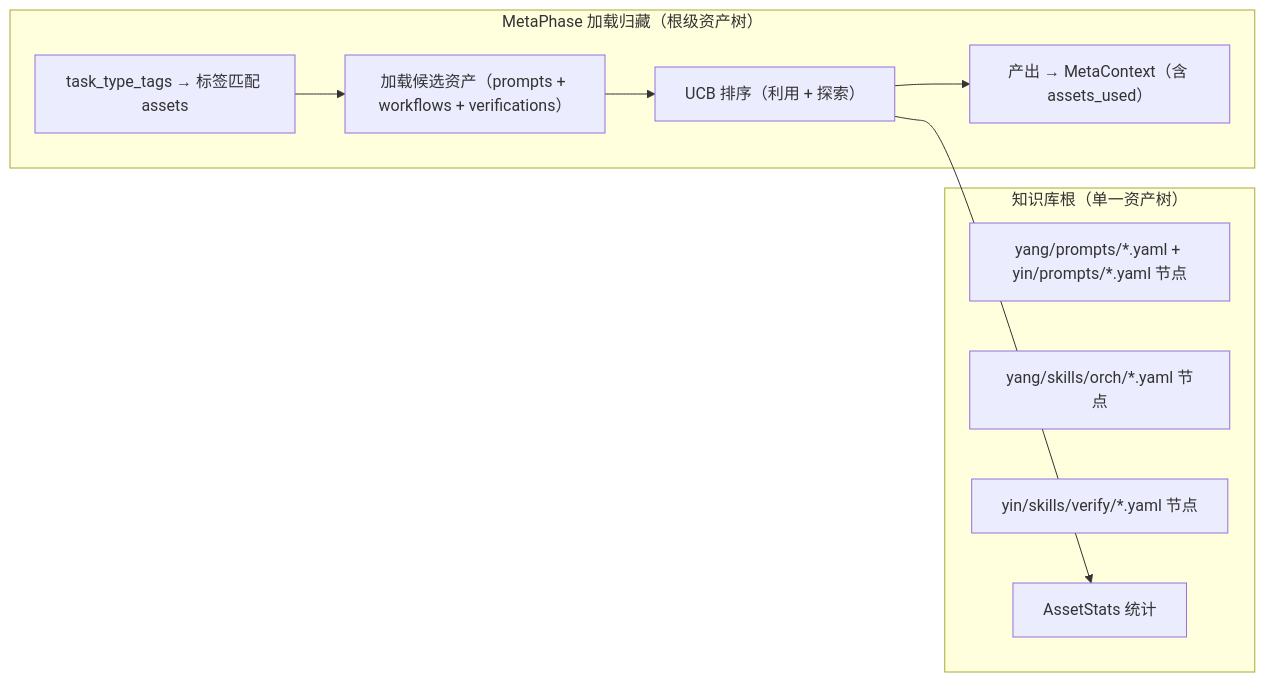
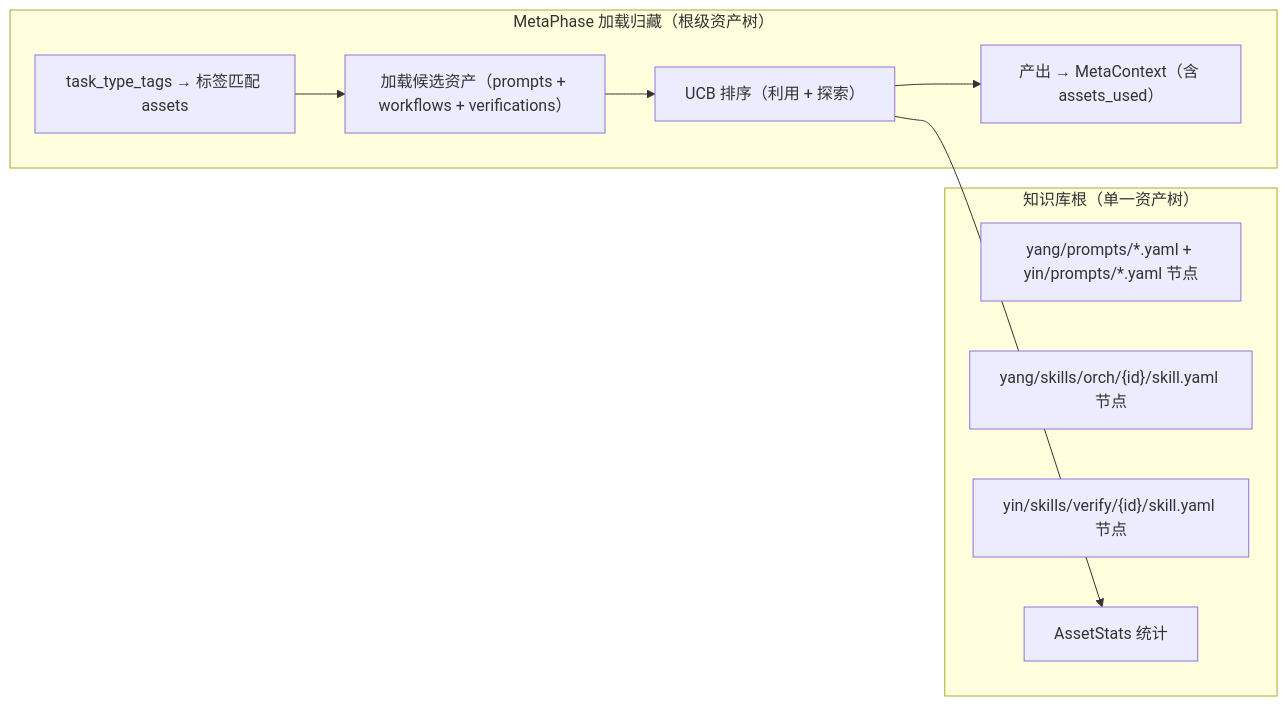
One commit to wenge6090-tech/taiji changed the sixth of 7 diagrams in BCP-蓝图-完型协议.md. Above: the diagram before and after it, drawn with Mermaid. The commit also changed other lines of this file and 21 other files, not shown here.

````diff
--- a/BCP-蓝图-完型协议.md
+++ b/BCP-蓝图-完型协议.md
@@ -1530,18 +1535,18 @@
 ```mermaid
 flowchart LR
     subgraph "MetaPhase 加载归藏（根级资产树）"
         QUERY["task_type_tags → 标签匹配 assets"]
         QUERY --> LOAD["加载候选资产（prompts + workflows + verifications）"]
         LOAD --> RANK["UCB 排序（利用 + 探索）"]
         RANK --> MC["产出 → MetaContext（含 assets_used）"]
     end
 
     subgraph "知识库根（单一资产树）"
         P1["yang/prompts/*.yaml + yin/prompts/*.yaml 节点"]
-        P2["yang/skills/orch/*.yaml 节点"]
-        P3["yin/skills/verify/*.yaml 节点"]
+        P2["yang/skills/orch/{id}/skill.yaml 节点"]
+        P3["yin/skills/verify/{id}/skill.yaml 节点"]
         S["AssetStats 统计"]
     end
 
     RANK --> S
 ```
````
